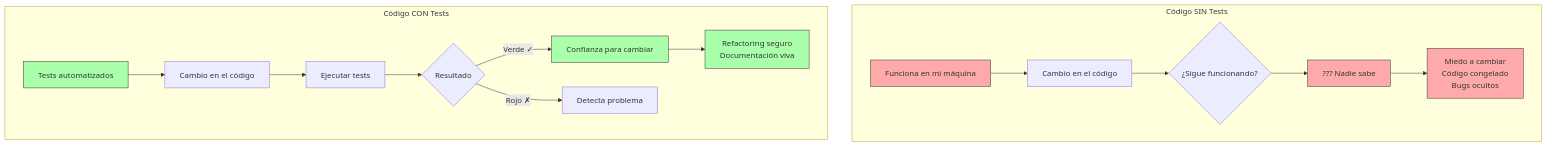
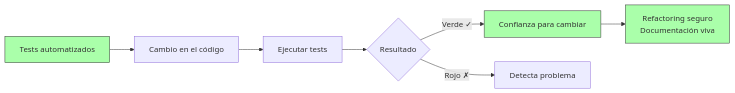
Before and after one commit to INGCOM-UNRN-PII/INGCOM-UNRN-PII.github.io: the second of 7 diagrams in parte_3/11_oop_testing.md, drawn with Mermaid. The commit also changed other lines of this file and 26 other files, not shown here.

Commit message:
Factorización de diagramas parte 1

````diff
--- a/parte_3/11_oop_testing.md
+++ b/parte_3/11_oop_testing.md
@@ -43,26 +60,15 @@
 ```{mermaid}
-graph TB
-    subgraph "Código SIN Tests"
-        A1[Funciona en mi máquina] --> B1[Cambio en el código]
-        B1 --> C1{¿Sigue funcionando?}
-        C1 --> D1[??? Nadie sabe]
-        D1 --> E1[Miedo a cambiar<br/>Código congelado<br/>Bugs ocultos]
-    end
+graph LR
     
-    subgraph "Código CON Tests"
+    
         A2[Tests automatizados] --> B2[Cambio en el código]
         B2 --> C2[Ejecutar tests]
         C2 --> D2{Resultado}
         D2 -->|Verde ✓| E2[Confianza para cambiar]
         D2 -->|Rojo ✗| F2[Detecta problema]
         E2 --> G2[Refactoring seguro<br/>Documentación viva]
-    end
-    
-    style A1 fill:#faa,stroke:#333
-    style D1 fill:#faa,stroke:#333
-    style E1 fill:#faa,stroke:#333
-    
+
     style A2 fill:#afa,stroke:#333
     style E2 fill:#afa,stroke:#333
     style G2 fill:#afa,stroke:#333
 ```
````
